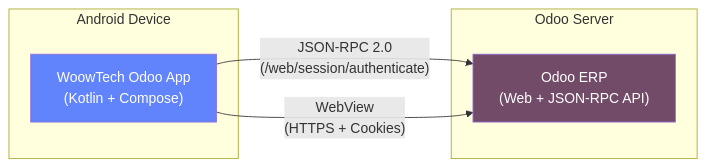
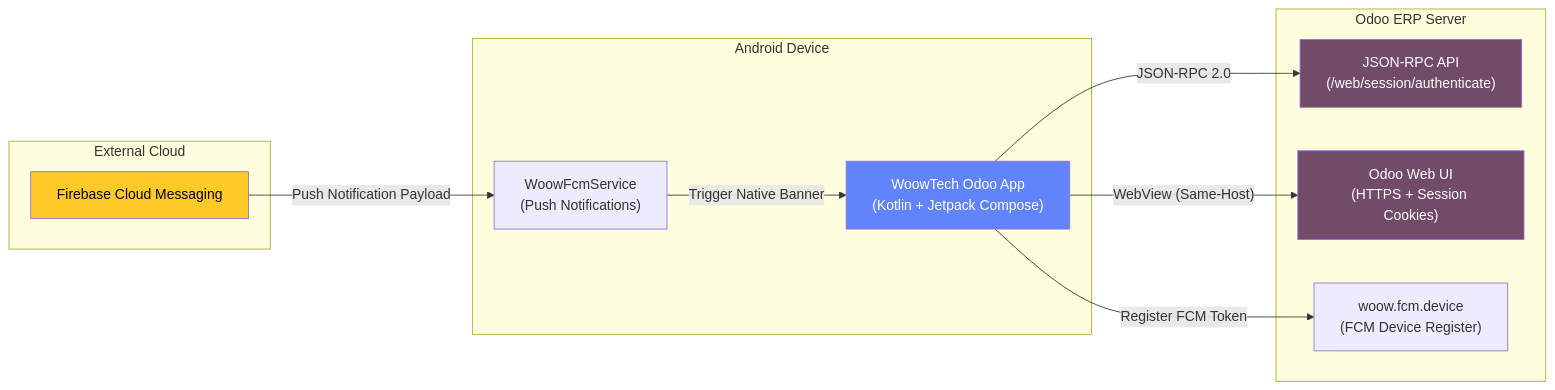
Before and after one commit to WOOWTECH/Woow_odoo_app: the first of 22 diagrams in docs/architecture-overview.md, drawn with Mermaid. The commit also changed other lines of this file, not shown here.

First line of the commit message:
docs(arch): merge v1.4.1 architecture rewrite with audited legacy sections

````diff
--- a/docs/architecture-overview.md
+++ b/docs/architecture-overview.md
@@ -42,16 +43,28 @@
 ```mermaid
 graph LR
     subgraph "Android Device"
-        APP["WoowTech Odoo App<br/>(Kotlin + Compose)"]
+        APP["WoowTech Odoo App<br/>(Kotlin + Jetpack Compose)"]
+        FCM_SVC["WoowFcmService<br/>(Push Notifications)"]
     end
 
-    subgraph "Odoo Server"
-        ODOO["Odoo ERP<br/>(Web + JSON-RPC API)"]
+    subgraph "External Cloud"
+        FCM["Firebase Cloud Messaging"]
     end
 
-    APP -- "JSON-RPC 2.0<br/>(/web/session/authenticate)" --> ODOO
-    APP -- "WebView<br/>(HTTPS + Cookies)" --> ODOO
+    subgraph "Odoo ERP Server"
+        ODOO_RPC["JSON-RPC API<br/>(/web/session/authenticate)"]
+        ODOO_WEB["Odoo Web UI<br/>(HTTPS + Session Cookies)"]
+        ODOO_FCM["woow.fcm.device<br/>(FCM Device Register)"]
+    end
+
+    APP -- "JSON-RPC 2.0" --> ODOO_RPC
+    APP -- "WebView (Same-Host)" --> ODOO_WEB
+    APP -- "Register FCM Token" --> ODOO_FCM
+    FCM -- "Push Notification Payload" --> FCM_SVC
+    FCM_SVC -- "Trigger Native Banner" --> APP
 
     style APP fill:#6183FC,color:#fff
-    style ODOO fill:#714B67,color:#fff
+    style ODOO_RPC fill:#714B67,color:#fff
+    style ODOO_WEB fill:#714B67,color:#fff
+    style FCM fill:#FFCA28,color:#000
 ```
````
